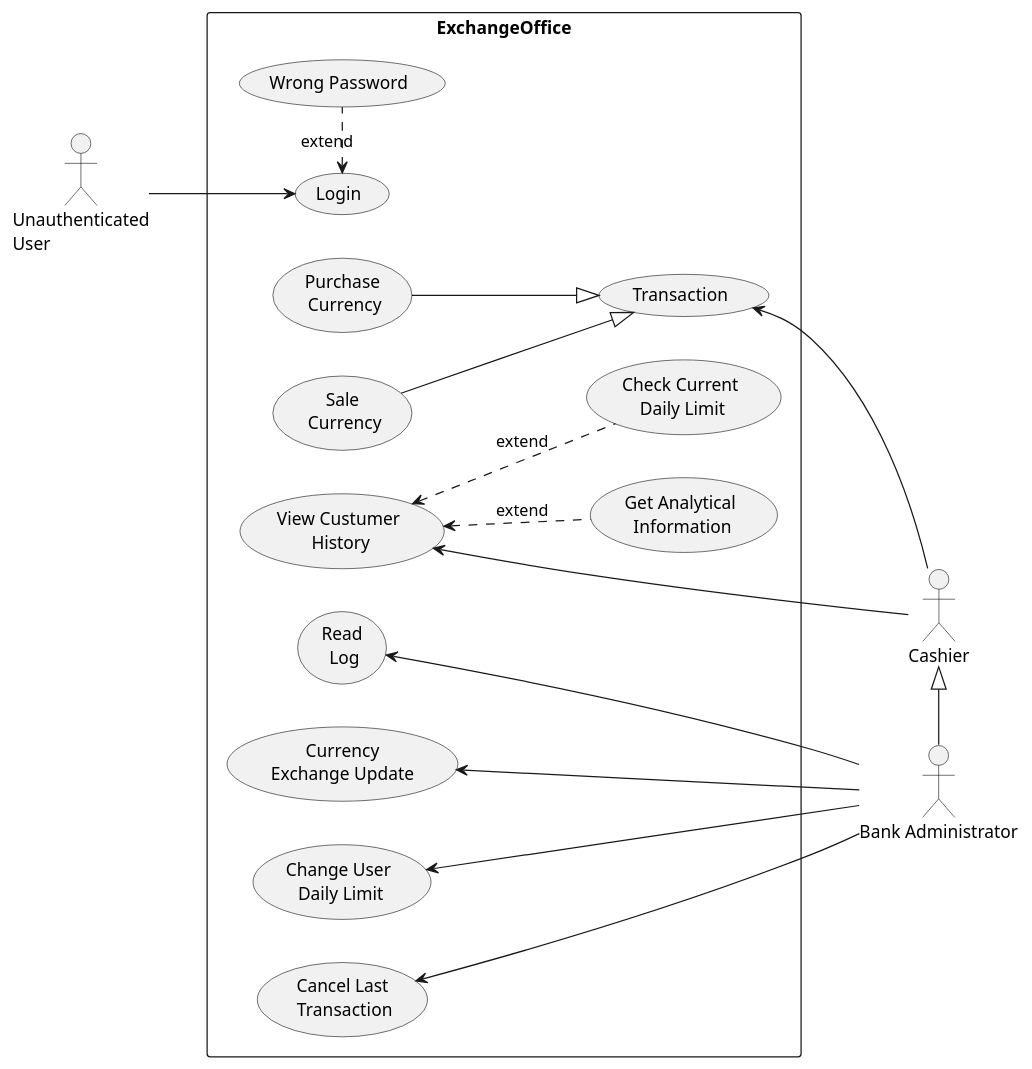
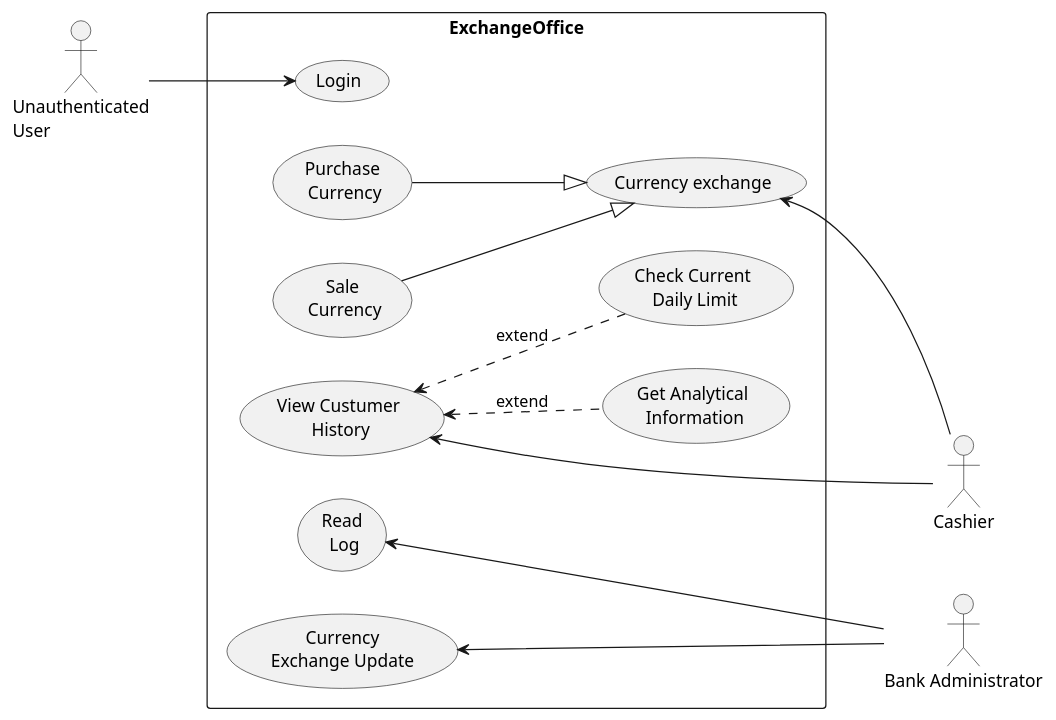
Before and after one commit to DanilaKe/ExchangeOfficeApplication: the diagram in ExchangeOfficeApplication/UML/UseCaseDiagram.puml, drawn with PlantUML. The commit also changed 5 other files, not shown here.

Commit message:
Change logic in diagrams.

```diff
--- a/ExchangeOfficeApplication/UML/UseCaseDiagram.puml
+++ b/ExchangeOfficeApplication/UML/UseCaseDiagram.puml
@@ -1,26 +1,22 @@
 @startuml
 
 left to right direction
 skinparam packageStyle rectangle
 actor :Unauthenticated\nUser:
 actor Cashier
 actor :Bank Administrator:
 rectangle ExchangeOffice {
   :Unauthenticated\nUser: --> (Login)
-  (Login) <. (Wrong Password) : ""extend""
   
-      (Transaction) <-- :Cashier:
-  (Purchase\n Currency) --|> (Transaction)
-  (Sale\n Currency) --|> (Transaction)
+      (Currency exchange) <-- :Cashier:
+  (Purchase\n Currency) --|> (Currency exchange)
+  (Sale\n Currency) --|> (Currency exchange)
   (View Custumer\n History) <-- :Cashier:
   (View Custumer\n History) <.. (Get Analytical\n Information) : ""extend""
   (View Custumer\n History) <.. (Check Current\n Daily Limit) : ""extend""
   
-  (Read\n Log) <-- :Bank Administrator:
-  (Currency\nExchange Update) <-- :Bank Administrator:
-  (Change User\n Daily Limit) <-- :Bank Administrator:
-  (Cancel Last\n Transaction) <-- :Bank Administrator:
-  :Cashier: <|-:Bank Administrator:
+  (Read\n Log) <--- :Bank Administrator:
+  (Currency\nExchange Update) <--- :Bank Administrator:
 }
 
 @enduml
```
